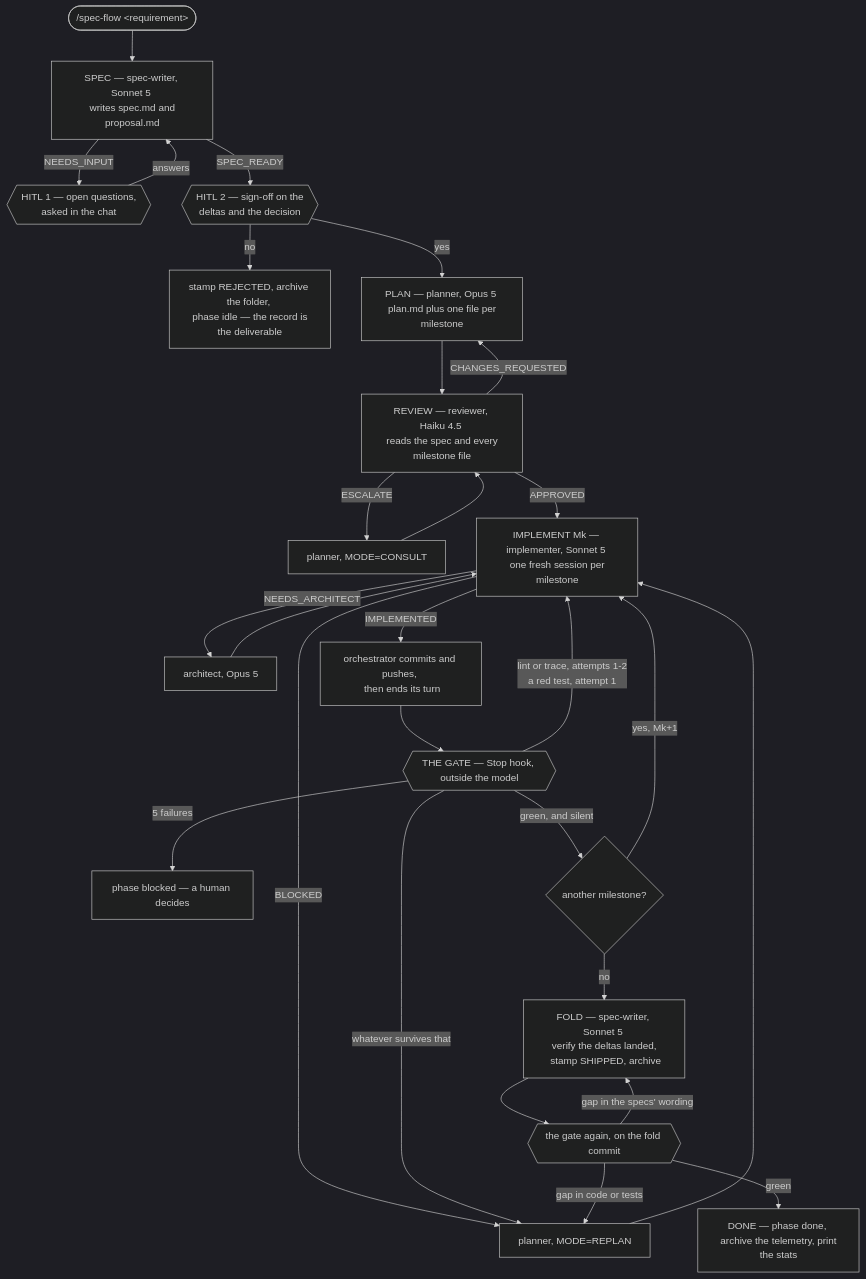
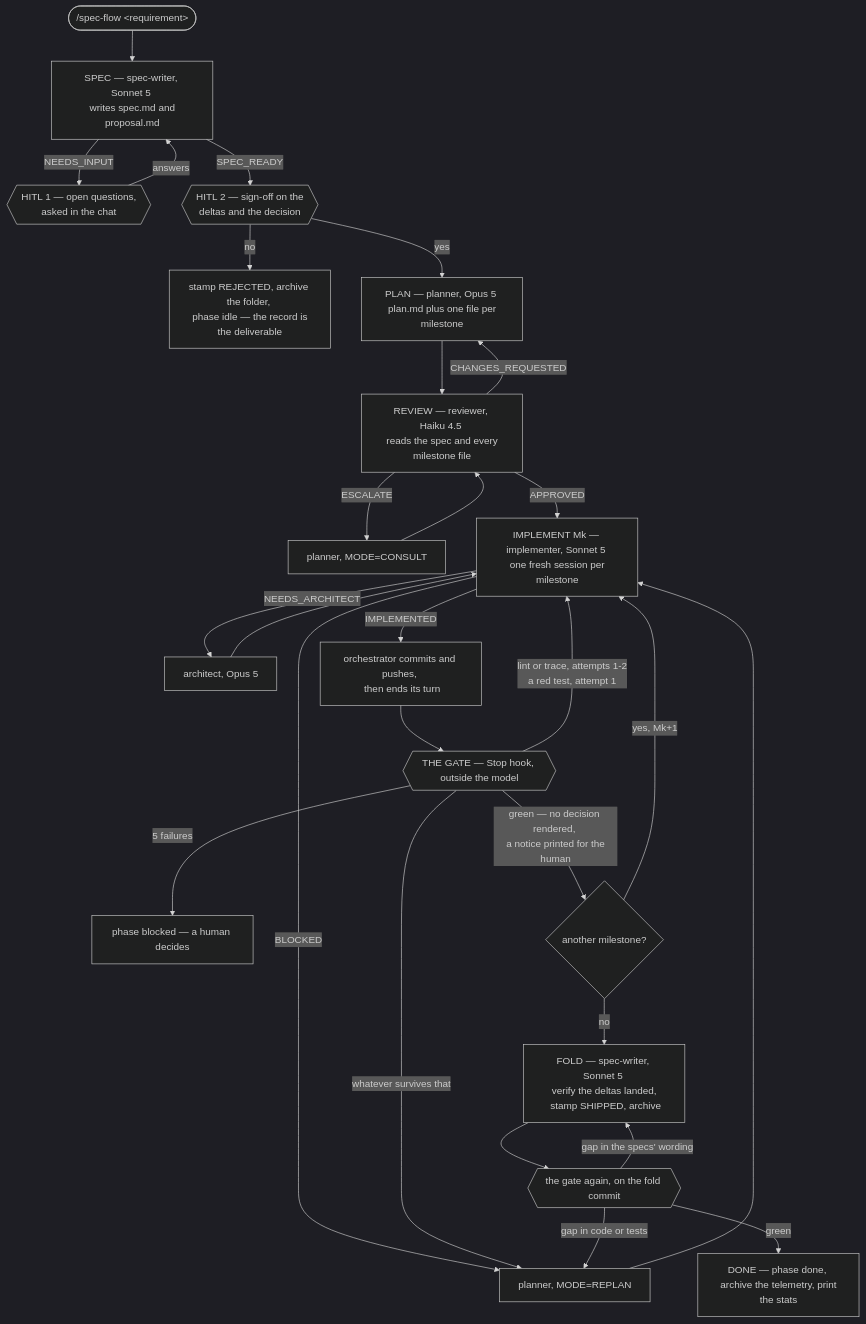
One commit to IgnacioMarin402/spec-flow-plugin changed the first of 3 diagrams in REFERENCE.md. Above: the diagram before and after it, drawn with Mermaid (dark theme). The commit also changed other lines of this file and 8 other files, not shown here.

````diff
--- a/REFERENCE.md
+++ b/REFERENCE.md
@@ -591,30 +591,30 @@
 ```mermaid
 flowchart TD
     A(["/spec-flow &lt;requirement&gt;"]) --> B["SPEC — spec-writer, Sonnet 5 <br/> writes spec.md and proposal.md"]
     B -->|"NEEDS_INPUT"| Q{{"HITL 1 — open questions, <br/> asked in the chat"}}
     Q -->|"answers"| B
     B -->|"SPEC_READY"| S{{"HITL 2 — sign-off on the <br/> deltas and the decision"}}
     S -->|"no"| REJ["stamp REJECTED, archive the folder, <br/> phase idle — the record is the deliverable"]
     S -->|"yes"| P["PLAN — planner, Opus 5 <br/> plan.md plus one file per milestone"]
     P --> R["REVIEW — reviewer, Haiku 4.5 <br/> reads the spec and every milestone file"]
     R -->|"ESCALATE"| CON["planner, MODE=CONSULT"]
     CON --> R
     R -->|"CHANGES_REQUESTED"| P
     R -->|"APPROVED"| I["IMPLEMENT Mk — implementer, Sonnet 5 <br/> one fresh session per milestone"]
     I -->|"NEEDS_ARCHITECT"| ARCH["architect, Opus 5"]
     ARCH --> I
     I -->|"BLOCKED"| RE["planner, MODE=REPLAN"]
     RE --> I
     I -->|"IMPLEMENTED"| CM["orchestrator commits and pushes, <br/> then ends its turn"]
     CM --> G{{"THE GATE — Stop hook, outside the model"}}
     G -->|"lint or trace, attempts 1-2 <br/> a red test, attempt 1"| I
     G -->|"whatever survives that"| RE
     G -->|"5 failures"| BLK["phase blocked — a human decides"]
-    G -->|"green, and silent"| MORE{"another milestone?"}
+    G -->|"green — no decision rendered, <br/> a notice printed for the human"| MORE{"another milestone?"}
     MORE -->|"yes, Mk+1"| I
     MORE -->|"no"| F["FOLD — spec-writer, Sonnet 5 <br/> verify the deltas landed, <br/> stamp SHIPPED, archive"]
     F --> G2{{"the gate again, on the fold commit"}}
     G2 -->|"gap in the specs' wording"| F
     G2 -->|"gap in code or tests"| RE
     G2 -->|"green"| D["DONE — phase done, <br/> archive the telemetry, print the stats"]
 ```
````
